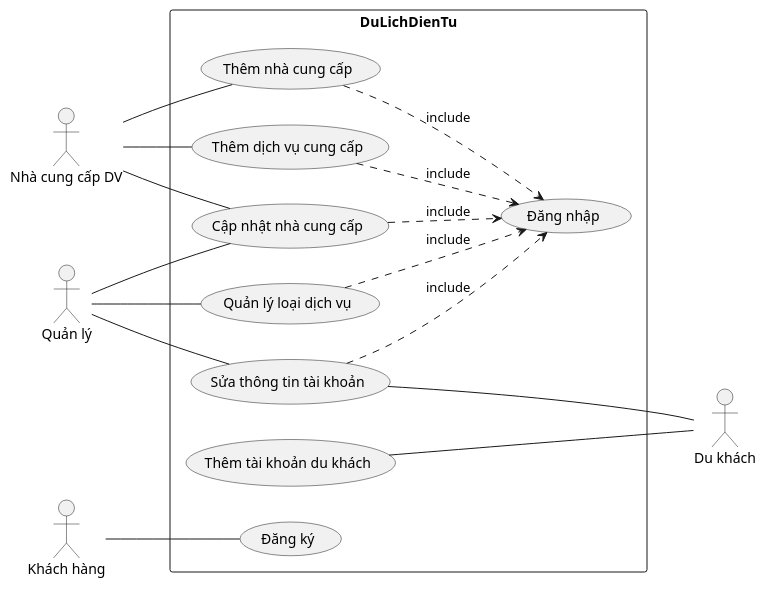
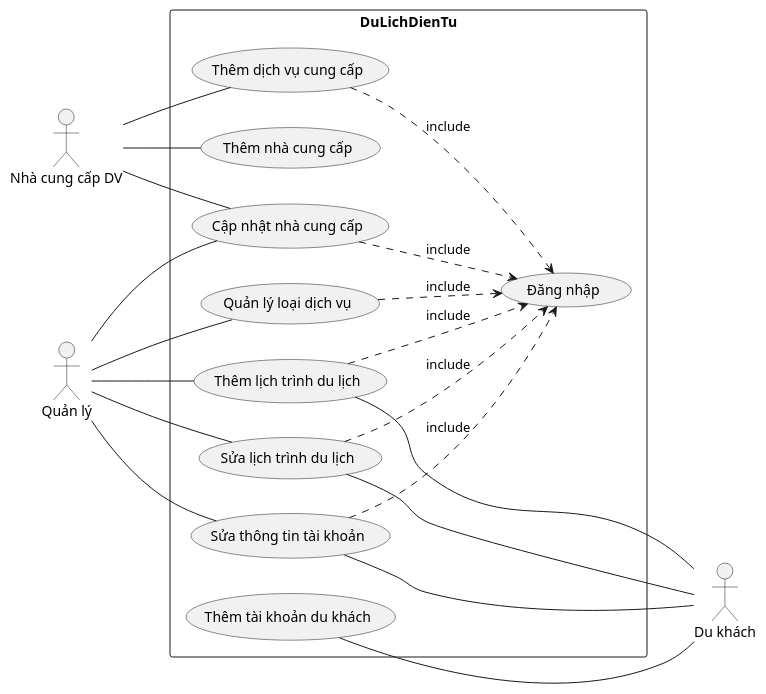
Before and after one commit to TranTan-Dat/LV_DuLichDienTu: the diagram in PlanUML/UC_TongQuan.puml, drawn with PlantUML. The commit also changed 4748 other files, not shown here.

```diff
--- a/PlanUML/UC_TongQuan.puml
+++ b/PlanUML/UC_TongQuan.puml
@@ -1,34 +1,40 @@
 @startuml Hệ Thống Sàn điện tử
 left to right direction
 actor "Nhà cung cấp DV" as NCC
 actor "Quản lý" as QL
 actor "Du khách" as DK
-actor "Khách hàng" as KH
 
 rectangle DuLichDienTu {    
   usecase "Quản lý loại dịch vụ" as LDV
   usecase "Thêm nhà cung cấp" as ThemNCC
   usecase "Cập nhật nhà cung cấp" as SuaNCC
   usecase "Sửa thông tin tài khoản" as SuaTTTK
   usecase "Thêm tài khoản du khách" as ThemTKDK
   usecase "Thêm dịch vụ cung cấp" as DVCC
-  usecase "Đăng ký" as DKy 
   usecase "Đăng nhập"  as DNhap 
-  
+  usecase "Thêm lịch trình du lịch" as ThemLTDL
+  usecase "Sửa lịch trình du lịch" as SuaLTDL
 }
 QL -- LDV
 QL -- SuaNCC
 QL -- SuaTTTK
+QL -- ThemLTDL
+QL -- SuaLTDL
+
 NCC -- ThemNCC
 NCC -- DVCC 
 NCC - SuaNCC
 ThemTKDK --- DK 
 SuaTTTK -- DK
+ThemLTDL -- DK
+SuaLTDL -- DK
 
+
+
+ThemLTDL ..> DNhap: include
+SuaLTDL ..> DNhap : include
 DVCC ..> DNhap : include
-ThemNCC ..> DNhap : include
 LDV ..> DNhap : include
 SuaNCC ..> DNhap : include
 SuaTTTK ..> DNhap : include
-KH -- DKy
 @enduml
```
